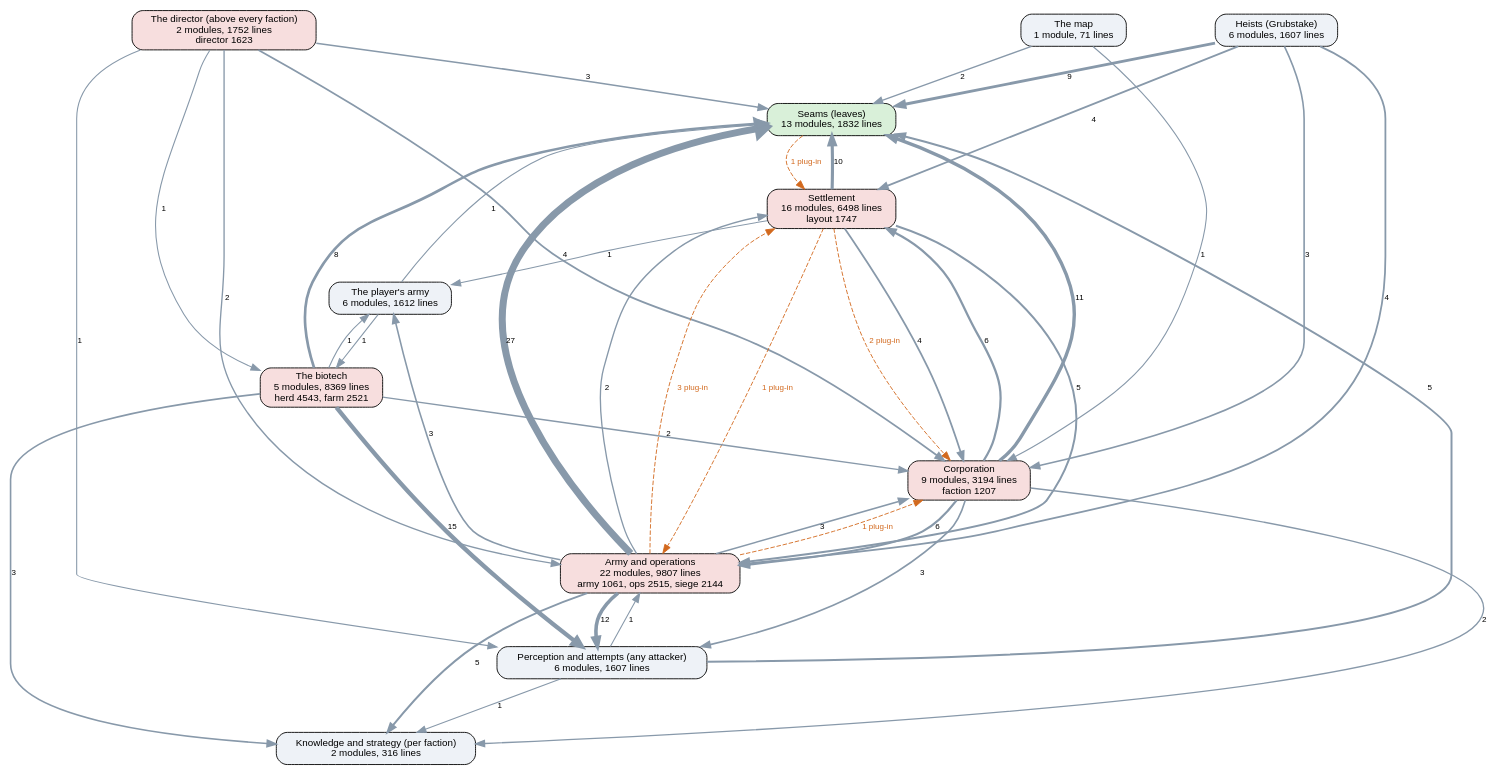
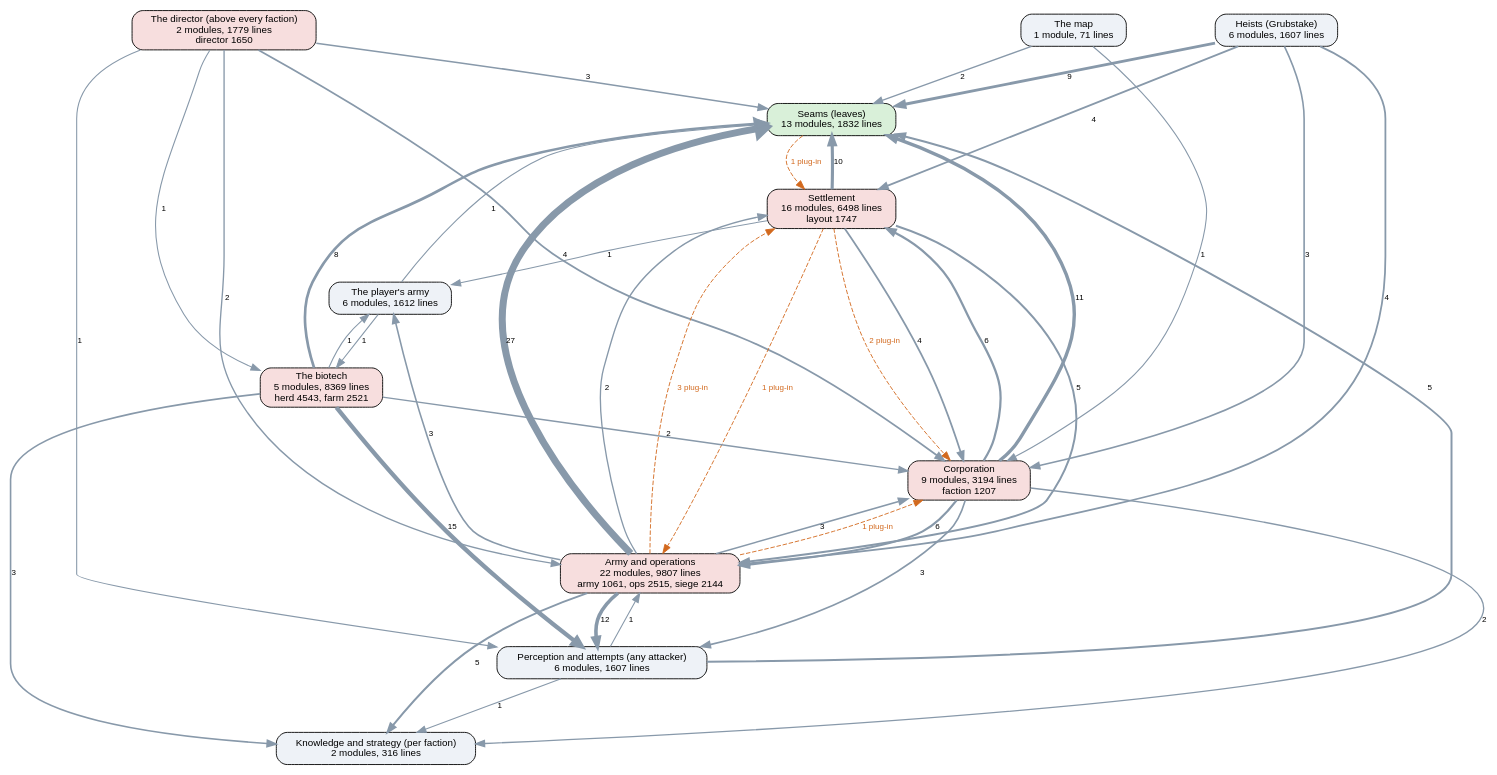
Before and after one commit to kinelhu/landing-party: the diagram in docs/ai-layers.dot, drawn with Graphviz. The commit also changed 10 other files, not shown here.

```diff
--- a/docs/ai-layers.dot
+++ b/docs/ai-layers.dot
@@ -1,57 +1,57 @@
 digraph layers {
   graph [rankdir=TB, fontname="Helvetica", nodesep=0.5, ranksep=0.7];
   node [shape=box, style="rounded,filled", fontname="Helvetica", fontsize=11, fillcolor="#eef2f7"];
   edge [color="#8899aa", fontname="Helvetica", fontsize=9];
   "Seams (leaves)" [label="Seams (leaves)\n13 modules, 1832 lines", fillcolor="#d9f0d9"];
   "Perception and attempts (any attacker)" [label="Perception and attempts (any attacker)\n6 modules, 1607 lines", fillcolor="#eef2f7"];
   "Knowledge and strategy (per faction)" [label="Knowledge and strategy (per faction)\n2 modules, 316 lines", fillcolor="#eef2f7"];
-  "The director (above every faction)" [label="The director (above every faction)\n2 modules, 1752 lines\ndirector 1623", fillcolor="#f7dede"];
+  "The director (above every faction)" [label="The director (above every faction)\n2 modules, 1779 lines\ndirector 1650", fillcolor="#f7dede"];
   "Corporation" [label="Corporation\n9 modules, 3194 lines\nfaction 1207", fillcolor="#f7dede"];
   "Settlement" [label="Settlement\n16 modules, 6498 lines\nlayout 1747", fillcolor="#f7dede"];
   "Army and operations" [label="Army and operations\n22 modules, 9807 lines\narmy 1061, ops 2515, siege 2144", fillcolor="#f7dede"];
   "Heists (Grubstake)" [label="Heists (Grubstake)\n6 modules, 1607 lines", fillcolor="#eef2f7"];
   "The biotech" [label="The biotech\n5 modules, 8369 lines\nherd 4543, farm 2521", fillcolor="#f7dede"];
   "The map" [label="The map\n1 module, 71 lines", fillcolor="#eef2f7"];
   "The player's army" [label="The player's army\n6 modules, 1612 lines", fillcolor="#eef2f7"];
   "Army and operations" -> "Corporation" [label="3", penwidth=1.8];
   "Army and operations" -> "Knowledge and strategy (per faction)" [label="5", penwidth=2.2];
   "Army and operations" -> "Perception and attempts (any attacker)" [label="12", penwidth=4.0];
   "Army and operations" -> "Seams (leaves)" [label="27", penwidth=7.8];
   "Army and operations" -> "Settlement" [label="2", penwidth=1.5];
   "Army and operations" -> "The player's army" [label="3", penwidth=1.8];
   "Corporation" -> "Army and operations" [label="6", penwidth=2.5];
   "Corporation" -> "Knowledge and strategy (per faction)" [label="2", penwidth=1.5];
   "Corporation" -> "Perception and attempts (any attacker)" [label="3", penwidth=1.8];
   "Corporation" -> "Seams (leaves)" [label="11", penwidth=3.8];
   "Corporation" -> "Settlement" [label="6", penwidth=2.5];
   "Heists (Grubstake)" -> "Army and operations" [label="4", penwidth=2.0];
   "Heists (Grubstake)" -> "Corporation" [label="3", penwidth=1.8];
   "Heists (Grubstake)" -> "Seams (leaves)" [label="9", penwidth=3.2];
   "Heists (Grubstake)" -> "Settlement" [label="4", penwidth=2.0];
   "Perception and attempts (any attacker)" -> "Army and operations" [label="1", penwidth=1.2];
   "Perception and attempts (any attacker)" -> "Knowledge and strategy (per faction)" [label="1", penwidth=1.2];
   "Perception and attempts (any attacker)" -> "Seams (leaves)" [label="5", penwidth=2.2];
   "Settlement" -> "Army and operations" [label="5", penwidth=2.2];
   "Settlement" -> "Corporation" [label="4", penwidth=2.0];
   "Settlement" -> "Seams (leaves)" [label="10", penwidth=3.5];
   "Settlement" -> "The player's army" [label="1", penwidth=1.2];
   "The biotech" -> "Corporation" [label="2", penwidth=1.5];
   "The biotech" -> "Knowledge and strategy (per faction)" [label="3", penwidth=1.8];
   "The biotech" -> "Perception and attempts (any attacker)" [label="15", penwidth=4.8];
   "The biotech" -> "Seams (leaves)" [label="8", penwidth=3.0];
   "The biotech" -> "The player's army" [label="1", penwidth=1.2];
   "The director (above every faction)" -> "Army and operations" [label="2", penwidth=1.5];
   "The director (above every faction)" -> "Corporation" [label="4", penwidth=2.0];
   "The director (above every faction)" -> "Perception and attempts (any attacker)" [label="1", penwidth=1.2];
   "The director (above every faction)" -> "Seams (leaves)" [label="3", penwidth=1.8];
   "The director (above every faction)" -> "The biotech" [label="1", penwidth=1.2];
   "The map" -> "Corporation" [label="1", penwidth=1.2];
   "The map" -> "Seams (leaves)" [label="2", penwidth=1.5];
   "The player's army" -> "Seams (leaves)" [label="1", penwidth=1.2];
   "The player's army" -> "The biotech" [label="1", penwidth=1.2];
   "Army and operations" -> "Corporation" [style=dashed, color="#d2691e", fontcolor="#d2691e", label="1 plug-in"];
   "Army and operations" -> "Settlement" [style=dashed, color="#d2691e", fontcolor="#d2691e", label="3 plug-in"];
   "Seams (leaves)" -> "Settlement" [style=dashed, color="#d2691e", fontcolor="#d2691e", label="1 plug-in"];
   "Settlement" -> "Army and operations" [style=dashed, color="#d2691e", fontcolor="#d2691e", label="1 plug-in"];
   "Settlement" -> "Corporation" [style=dashed, color="#d2691e", fontcolor="#d2691e", label="2 plug-in"];
 }
```
